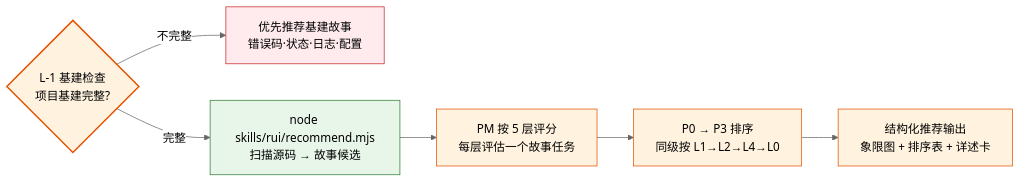
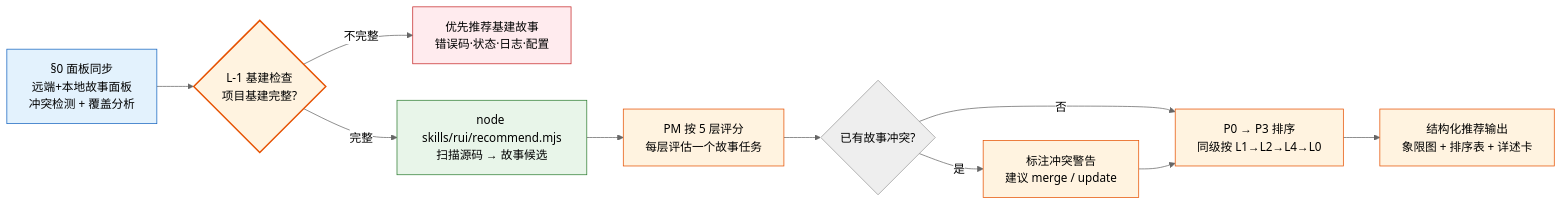
Before and after one commit to effiy/YrY: the first of 9 diagrams in skills/rui/ranking.md, drawn with Mermaid (neutral theme). The commit also changed other lines of this file and 1 other file, not shown here.

First line of the commit message:
feat: 推荐管线增加 §0 面板同步 — 避免冲突覆盖

````diff
--- a/skills/rui/ranking.md
+++ b/skills/rui/ranking.md
@@ -12,13 +12,19 @@
 ```mermaid
 flowchart LR
-    INFRA{"L-1 基建检查<br/>项目基建完整?"}:::gate -->|"不完整"| INFRA_REC["优先推荐基建故事<br/>错误码·状态·日志·配置"]:::infra
+    SYNC["§0 面板同步<br/>远端+本地故事面板<br/>冲突检测 + 覆盖分析"]:::sync --> INFRA{"L-1 基建检查<br/>项目基建完整?"}:::gate
+    INFRA -->|"不完整"| INFRA_REC["优先推荐基建故事<br/>错误码·状态·日志·配置"]:::infra
     INFRA -->|"完整"| SCAN["node skills/rui/recommend.mjs<br/>扫描源码 → 故事候选"]:::tool
     SCAN --> EVAL["PM 按 5 层评分<br/>每层评估一个故事任务"]:::llm
-    EVAL --> SORT["P0 → P3 排序<br/>同级按 L1→L2→L4→L0"]:::llm
+    EVAL --> CONFLICT{"已有故事冲突?"}
+    CONFLICT -->|"是"| MARK["标注冲突警告<br/>建议 merge / update"]:::warn
+    CONFLICT -->|"否"| SORT["P0 → P3 排序<br/>同级按 L1→L2→L4→L0"]:::llm
+    MARK --> SORT
     SORT --> PRESENT["结构化推荐输出<br/>象限图 + 排序表 + 详述卡"]:::llm
 
     classDef tool fill:#e8f5e9,stroke:#2e7d32;
     classDef llm fill:#fff3e0,stroke:#e65100;
     classDef gate fill:#fff3e0,stroke:#e65100,stroke-width:2px;
     classDef infra fill:#ffebee,stroke:#c62828;
+    classDef sync fill:#e3f2fd,stroke:#1565c0;
+    classDef warn fill:#fff3e0,stroke:#e65100;
 ```
````
